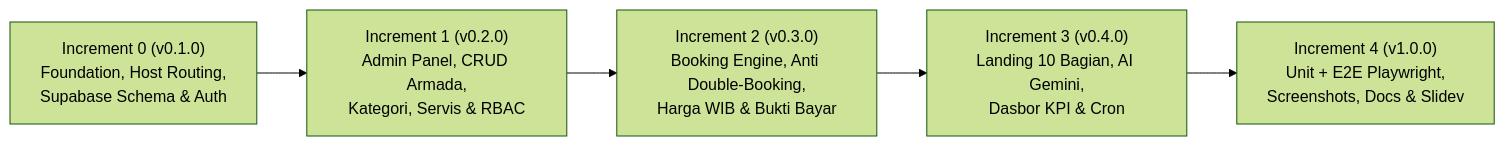
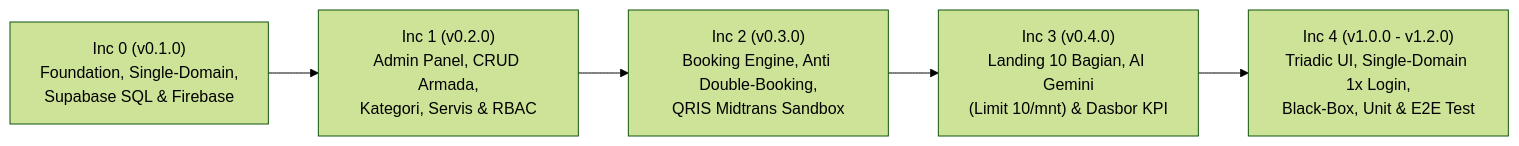
The first of 5 diagrams in slidev/slides.md (rynnxz/rentGO), drawn with Mermaid (forest theme) before and after one commit. The commit also changed other lines of this file and 116 other files, not shown here.

Commit message:
feat(v1.2.0): finalize single-domain 1x login architecture, smart Gemini AI engine, single-row navbar, dual-mode Supabase repository, Triadic UI, audit docs, 17 screenshots, and UTS report

````diff
--- a/slidev/slides.md
+++ b/slidev/slides.md
@@ -79,7 +64,7 @@
 ```mermaid
 flowchart LR
-    I0["Increment 0 (v0.1.0)\nFoundation, Host Routing,\nSupabase Schema & Auth"] --> I1["Increment 1 (v0.2.0)\nAdmin Panel, CRUD Armada,\nKategori, Servis & RBAC"]
-    I1 --> I2["Increment 2 (v0.3.0)\nBooking Engine, Anti Double-Booking,\nHarga WIB & Bukti Bayar"]
-    I2 --> I3["Increment 3 (v0.4.0)\nLanding 10 Bagian, AI Gemini,\nDasbor KPI & Cron"]
-    I3 --> I4["Increment 4 (v1.0.0)\nUnit + E2E Playwright,\nScreenshots, Docs & Slidev"]
+    I0["Inc 0 (v0.1.0)\nFoundation, Single-Domain,\nSupabase SQL & Firebase"] --> I1["Inc 1 (v0.2.0)\nAdmin Panel, CRUD Armada,\nKategori, Servis & RBAC"]
+    I1 --> I2["Inc 2 (v0.3.0)\nBooking Engine, Anti Double-Booking,\nQRIS Midtrans Sandbox"]
+    I2 --> I3["Inc 3 (v0.4.0)\nLanding 10 Bagian, AI Gemini\n(Limit 10/mnt) & Dasbor KPI"]
+    I3 --> I4["Inc 4 (v1.0.0 - v1.2.0)\nTriadic UI, Single-Domain 1x Login,\nBlack-Box, Unit & E2E Test"]
 ```
````
